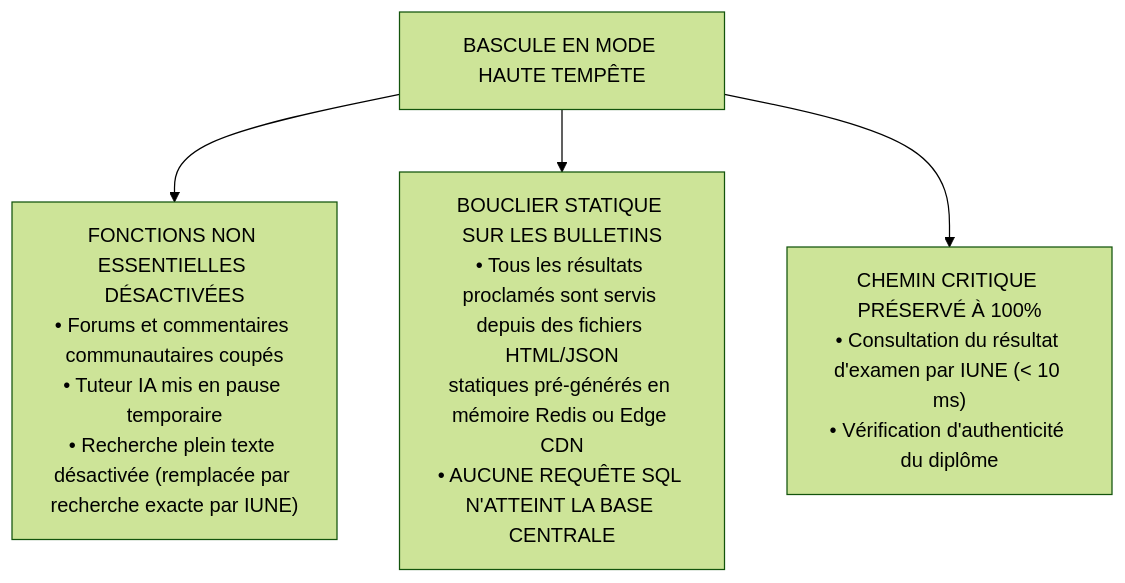
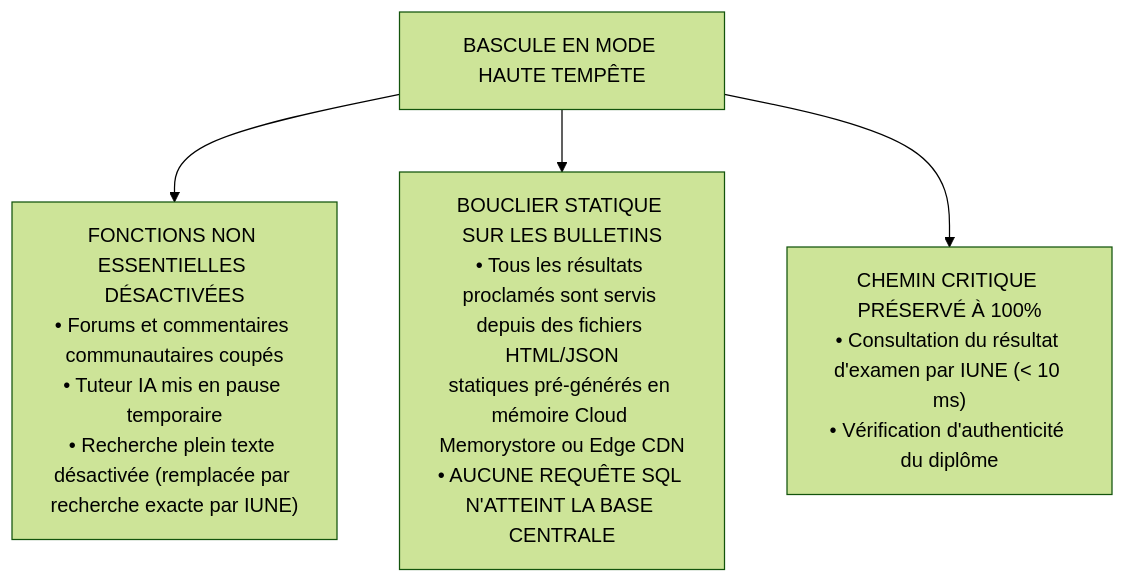
The second of 2 diagrams in tome-7/124/README.md (Adolphechris/clenel-elysium), drawn with Mermaid (forest theme) before and after one commit. The commit also changed other lines of this file and 39 other files, not shown here.

````diff
--- a/tome-7/124/README.md
+++ b/tome-7/124/README.md
@@ -47,10 +47,10 @@
 ```mermaid
 graph TD
     STORM["BASCULE EN MODE HAUTE TEMPÊTE"]
     
     STORM --> OFF["FONCTIONS NON ESSENTIELLES DÉSACTIVÉES\n• Forums et commentaires communautaires coupés\n• Tuteur IA mis en pause temporaire\n• Recherche plein texte désactivée (remplacée par recherche exacte par IUNE)"]
     
-    STORM --> SHIELD["BOUCLIER STATIQUE SUR LES BULLETINS\n• Tous les résultats proclamés sont servis depuis des fichiers HTML/JSON\nstatiques pré-générés en mémoire Redis ou Edge CDN\n• AUCUNE REQUÊTE SQL N'ATTEINT LA BASE CENTRALE"]
+    STORM --> SHIELD["BOUCLIER STATIQUE SUR LES BULLETINS\n• Tous les résultats proclamés sont servis depuis des fichiers HTML/JSON\nstatiques pré-générés en mémoire Cloud Memorystore ou Edge CDN\n• AUCUNE REQUÊTE SQL N'ATTEINT LA BASE CENTRALE"]
     
     STORM --> PRIO["CHEMIN CRITIQUE PRÉSERVÉ À 100%\n• Consultation du résultat d'examen par IUNE (< 10 ms)\n• Vérification d'authenticité du diplôme"]
 ```
````
